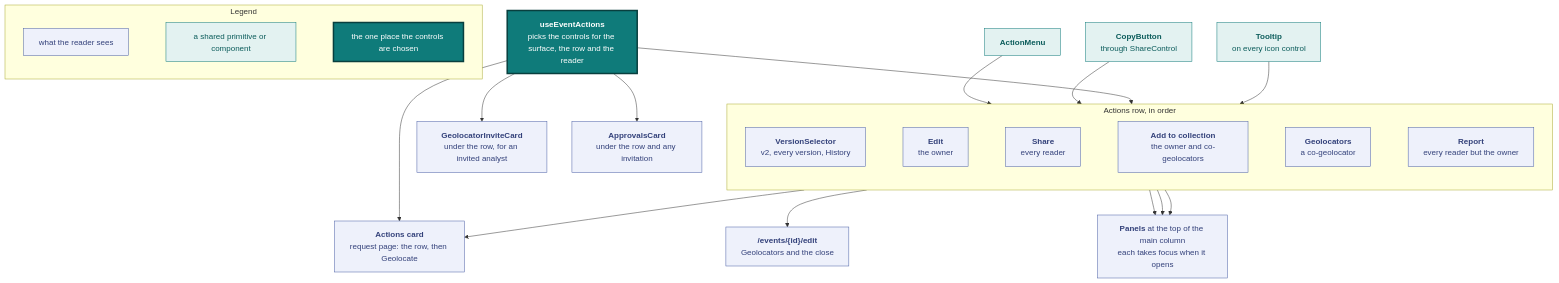
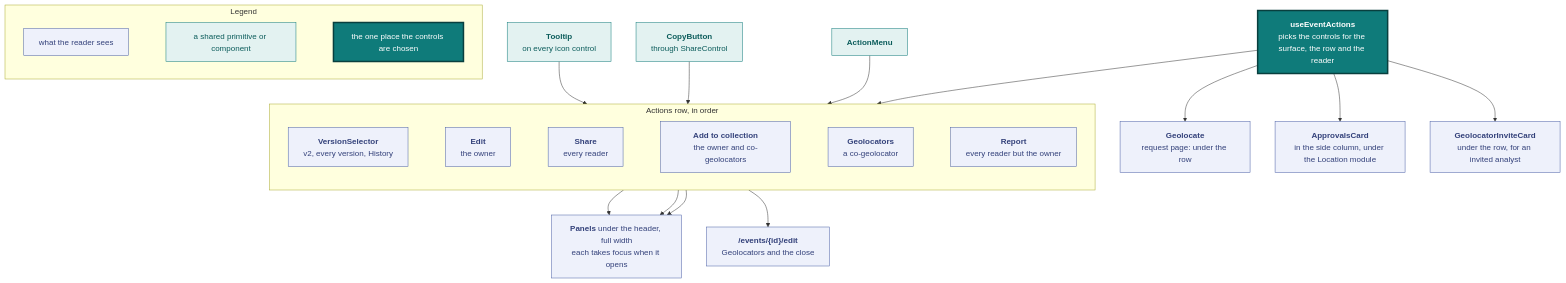
The seventh of 13 diagrams in docs/design.md (vidithq/vidit), drawn with Mermaid before and after one commit. The commit also changed other lines of this file and 19 other files, not shown here.

````diff
--- a/docs/design.md
+++ b/docs/design.md
@@ -661,63 +734,62 @@
 ```mermaid
 flowchart TB
   classDef spec fill:#eef1fb,stroke:#4a5fa5,color:#33417a
   classDef shared fill:#e3f2f1,stroke:#0f7b7a,color:#0b5c5b
   classDef core fill:#0f7b7a,stroke:#083f3e,stroke-width:3px,color:#ffffff
 
   subgraph legend [Legend]
     direction LR
     l1["`what the reader sees`"]:::spec
     l2["`a shared primitive or component`"]:::shared
     l3["`the one place the controls are chosen`"]:::core
     l1 ~~~ l2 ~~~ l3
   end
 
   hook["`**useEventActions**
   picks the controls for the surface, the row and the reader`"]:::core
 
   subgraph header [Actions row, in order]
     direction LR
     versions["`**VersionSelector**
     v2, every version, History`"]:::spec
     edit["`**Edit**
     the owner`"]:::spec
     share["`**Share**
     every reader`"]:::spec
     collect["`**Add to collection**
     the owner and co-geolocators`"]:::spec
     credit["`**Geolocators**
     a co-geolocator`"]:::spec
     report["`**Report**
     every reader but the owner`"]:::spec
     versions ~~~ edit ~~~ share ~~~ collect ~~~ credit ~~~ report
   end
 
   menu["`**ActionMenu**`"]:::shared
   copy["`**CopyButton**
   through ShareControl`"]:::shared
   tooltip["`**Tooltip**
   on every icon control`"]:::shared
   editpage["`**/events/{id}/edit**
   Geolocators and the close`"]:::spec
-  panels["`**Panels** at the top of the main column
+  panels["`**Panels** under the header, full width
   each takes focus when it opens`"]:::spec
   invite["`**GeolocatorInviteCard**
   under the row, for an invited analyst`"]:::spec
   card["`**ApprovalsCard**
-  under the row and any invitation`"]:::spec
-  actionscard["`**Actions card**
-  request page: the row, then Geolocate`"]:::spec
+  in the side column, under the Location module`"]:::spec
+  geolocate["`**Geolocate**
+  request page: under the row`"]:::spec
 
   hook --> header
   hook --> invite
   hook --> card
-  hook --> actionscard
-  header --> actionscard
+  hook --> geolocate
   menu --> versions
   copy --> share
   tooltip --> header
   edit --> editpage
   collect --> panels
   credit --> panels
   report --> panels
 ```
````
